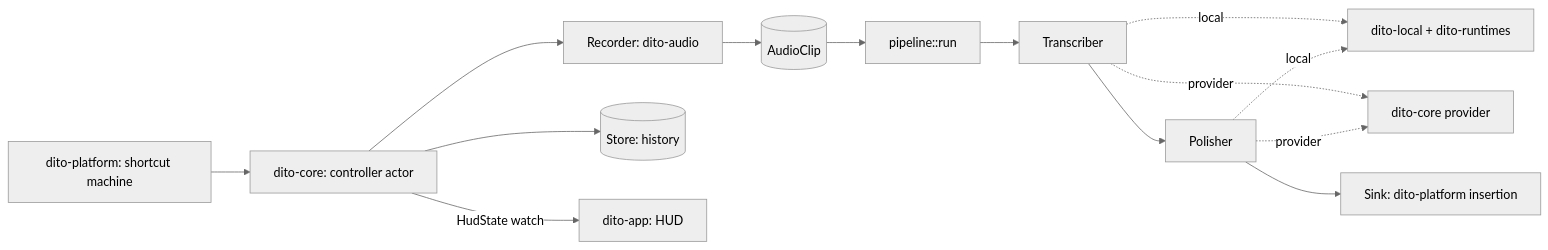
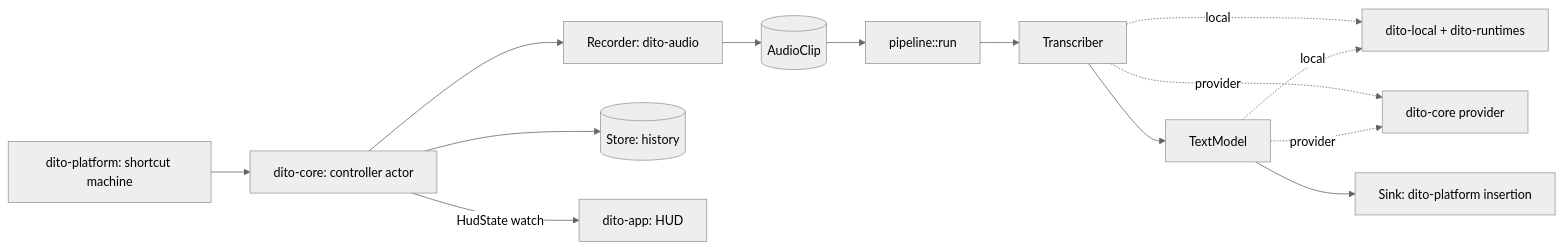
The first of 2 diagrams in docs/ARCHITECTURE.md (fang2hou/dito), drawn with Mermaid (neutral theme) before and after one commit. The commit also changed other lines of this file and 67 other files, not shown here.

Commit message:
refactor(models): rename the polish model role to text model (#60)

````diff
--- a/docs/ARCHITECTURE.md
+++ b/docs/ARCHITECTURE.md
@@ -21,14 +21,14 @@
 ```mermaid
 flowchart LR
     Shortcut[dito-platform: shortcut machine] --> Controller[dito-core: controller actor]
     Controller --> Recorder[Recorder: dito-audio] --> Clip[(AudioClip)]
     Clip --> Pipeline[pipeline::run]
-    Pipeline --> Transcribe[Transcriber] --> Polish[Polisher]
+    Pipeline --> Transcribe[Transcriber] --> Polish[TextModel]
     Transcribe -. local .-> Local[dito-local + dito-runtimes]
     Transcribe -. provider .-> Cloud[dito-core provider]
     Polish -. local .-> Local
     Polish -. provider .-> Cloud
     Polish --> Sink[Sink: dito-platform insertion]
     Controller --> Store[(Store: history)]
     Controller -- HudState watch --> App[dito-app: HUD]
 ```
````
